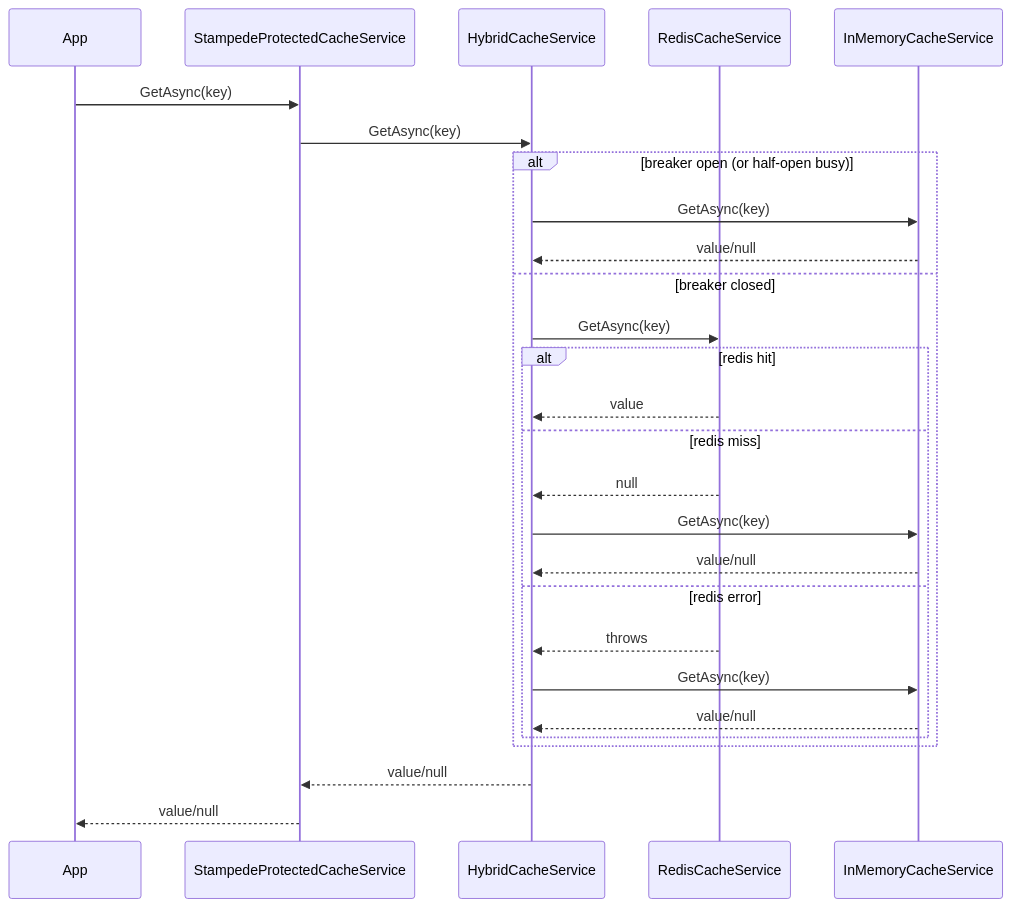
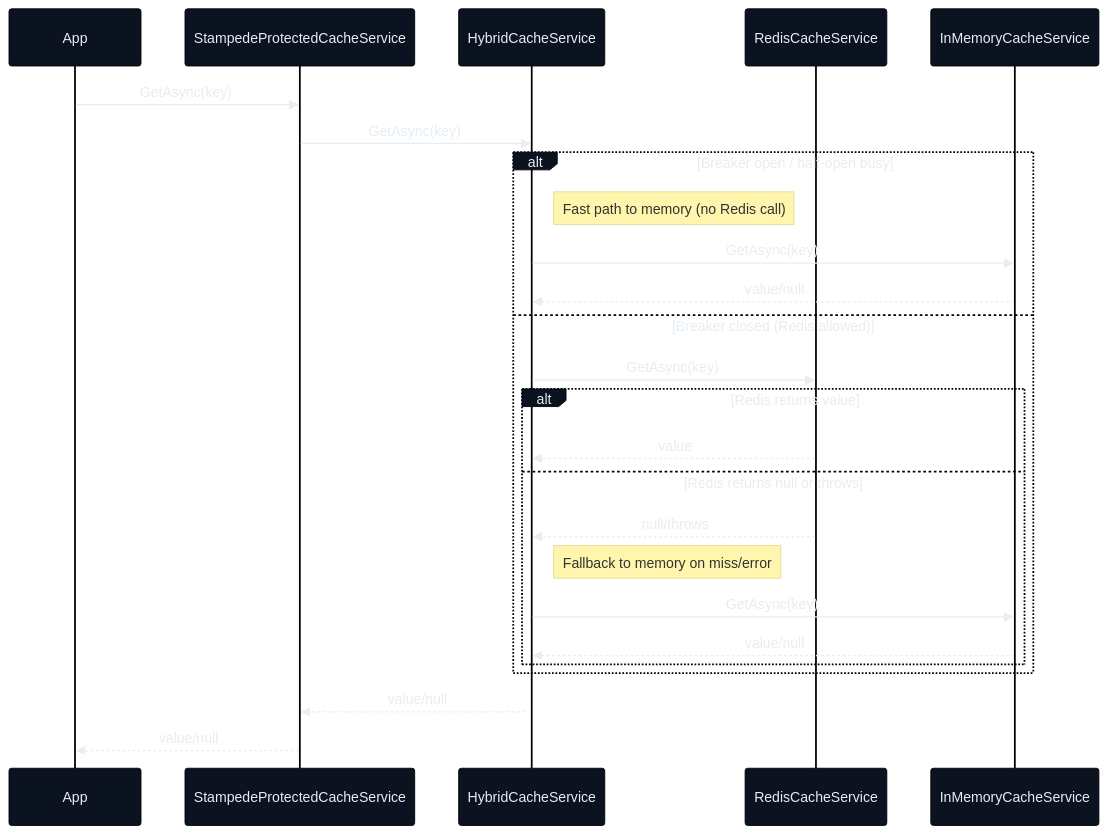
One commit to haxxornulled/VapeCache changed the second of 2 diagrams in README.md. Above: the diagram before and after it, drawn with Mermaid. The commit also changed other lines of this file, not shown here.

Commit message:
Improve README Mermaid diagrams (structured + colored)

````diff
--- a/README.md
+++ b/README.md
@@ -72,32 +125,31 @@
 ```mermaid
+%%{init: {"theme":"base","themeVariables":{"fontFamily":"Segoe UI, Inter, Arial","primaryColor":"#0b1220","primaryTextColor":"#e6edf3","lineColor":"#8b949e"}}}%%
 sequenceDiagram
   participant App as App
   participant S as StampedeProtectedCacheService
   participant H as HybridCacheService
   participant R as RedisCacheService
   participant M as InMemoryCacheService
 
   App->>S: GetAsync(key)
   S->>H: GetAsync(key)
 
-  alt breaker open (or half-open busy)
+  alt Breaker open / half-open busy
+    note right of H: Fast path to memory (no Redis call)
     H->>M: GetAsync(key)
     M-->>H: value/null
-  else breaker closed
+  else Breaker closed (Redis allowed)
     H->>R: GetAsync(key)
-    alt redis hit
+    alt Redis returns value
       R-->>H: value
-    else redis miss
-      R-->>H: null
-      H->>M: GetAsync(key)
-      M-->>H: value/null
-    else redis error
-      R-->>H: throws
+    else Redis returns null or throws
+      R-->>H: null/throws
+      note right of H: Fallback to memory on miss/error
       H->>M: GetAsync(key)
       M-->>H: value/null
     end
   end
 
   H-->>S: value/null
   S-->>App: value/null
 ```
````
